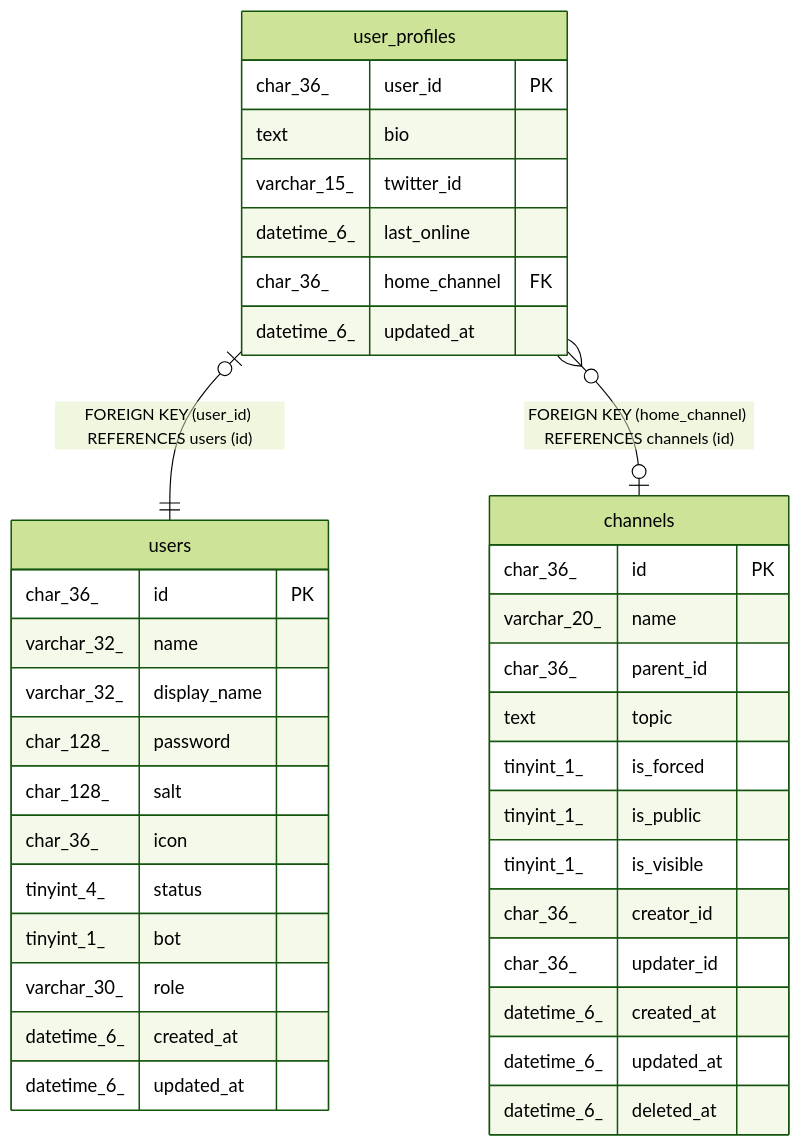
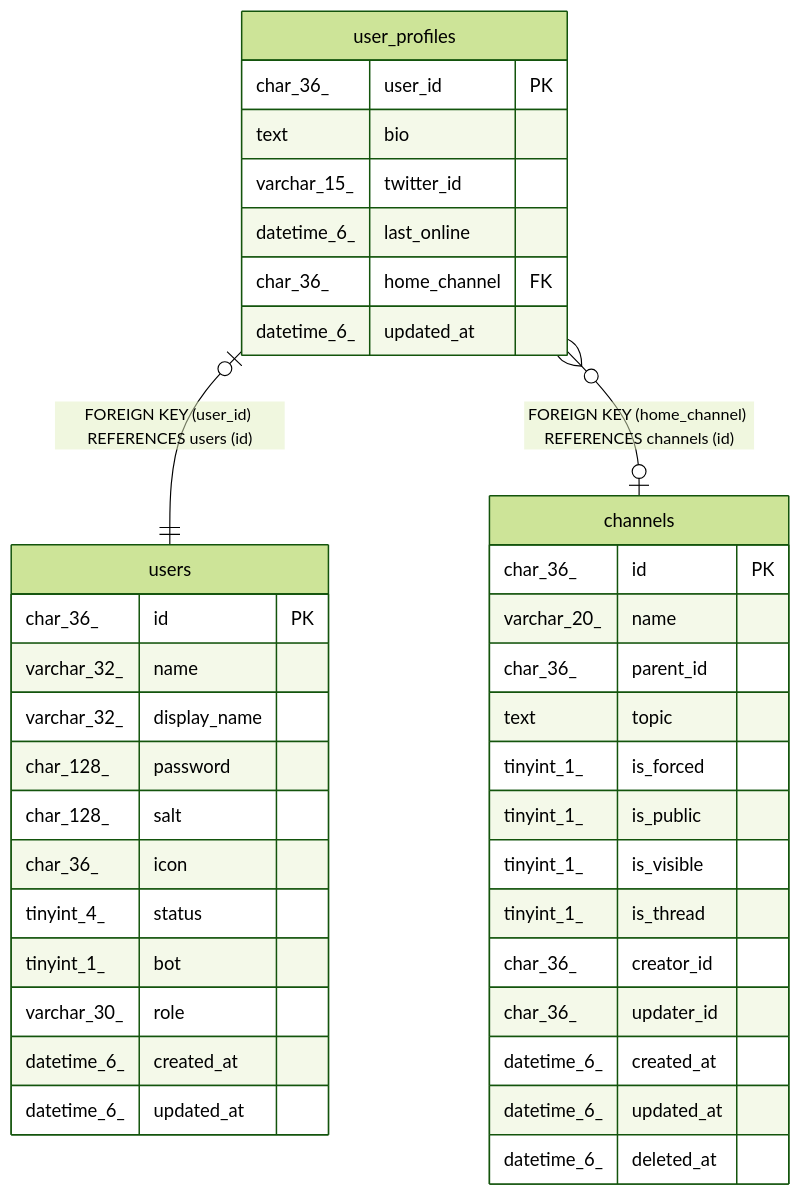
One commit to traPtitech/traQ changed the diagram in docs/dbSchema/user_profiles.md. Above: the diagram before and after it, drawn with Mermaid (forest theme). The commit also changed 14 other files, not shown here.

````diff
--- a/docs/dbSchema/user_profiles.md
+++ b/docs/dbSchema/user_profiles.md
@@ -55,42 +55,43 @@
 ```mermaid
 erDiagram
 
 "user_profiles" |o--|| "users" : "FOREIGN KEY (user_id) REFERENCES users (id)"
 "user_profiles" }o--o| "channels" : "FOREIGN KEY (home_channel) REFERENCES channels (id)"
 
 "user_profiles" {
   char_36_ user_id PK
   text bio
   varchar_15_ twitter_id
   datetime_6_ last_online
   char_36_ home_channel FK
   datetime_6_ updated_at
 }
 "users" {
   char_36_ id PK
   varchar_32_ name
   varchar_32_ display_name
   char_128_ password
   char_128_ salt
   char_36_ icon
   tinyint_4_ status
   tinyint_1_ bot
   varchar_30_ role
   datetime_6_ created_at
   datetime_6_ updated_at
 }
 "channels" {
   char_36_ id PK
   varchar_20_ name
   char_36_ parent_id
   text topic
   tinyint_1_ is_forced
   tinyint_1_ is_public
   tinyint_1_ is_visible
+  tinyint_1_ is_thread
   char_36_ creator_id
   char_36_ updater_id
   datetime_6_ created_at
   datetime_6_ updated_at
   datetime_6_ deleted_at
 }
 ```
````
